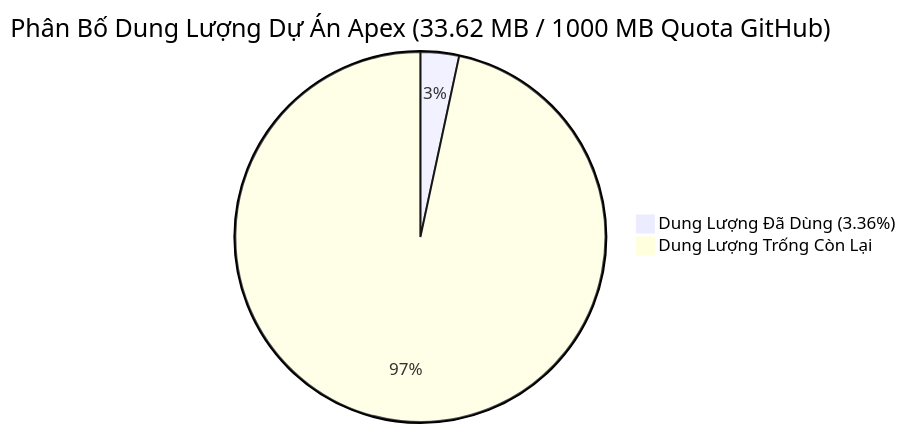
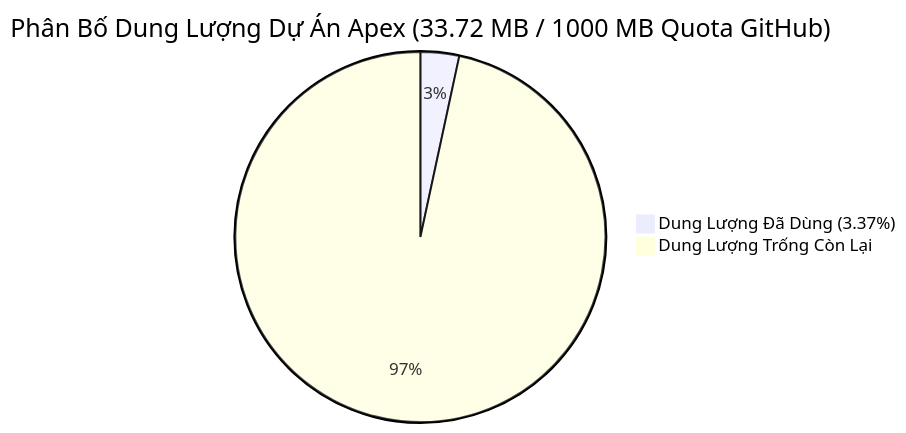
Before and after one commit to Thienphuoctran/apex-hedge-fund: the diagram in 12_Institutional_Ombudsman_And_Inspectorate/daily_audits/2026-11-09_Infrastructure_Health_And_Capacity_Audit.md, drawn with Mermaid. The commit also changed other lines of this file and 7 other files, not shown here.

````diff
--- a/12_Institutional_Ombudsman_And_Inspectorate/daily_audits/2026-11-09_Infrastructure_Health_And_Capacity_Audit.md
+++ b/12_Institutional_Ombudsman_And_Inspectorate/daily_audits/2026-11-09_Infrastructure_Health_And_Capacity_Audit.md
@@ -15,5 +15,5 @@
 ```mermaid
-pie title Phân Bố Dung Lượng Dự Án Apex (33.62 MB / 1000 MB Quota GitHub)
-    "Dung Lượng Đã Dùng (3.36%)" : 33.62
-    "Dung Lượng Trống Còn Lại" : 966.38
+pie title Phân Bố Dung Lượng Dự Án Apex (33.72 MB / 1000 MB Quota GitHub)
+    "Dung Lượng Đã Dùng (3.37%)" : 33.72
+    "Dung Lượng Trống Còn Lại" : 966.28
 ```
````
